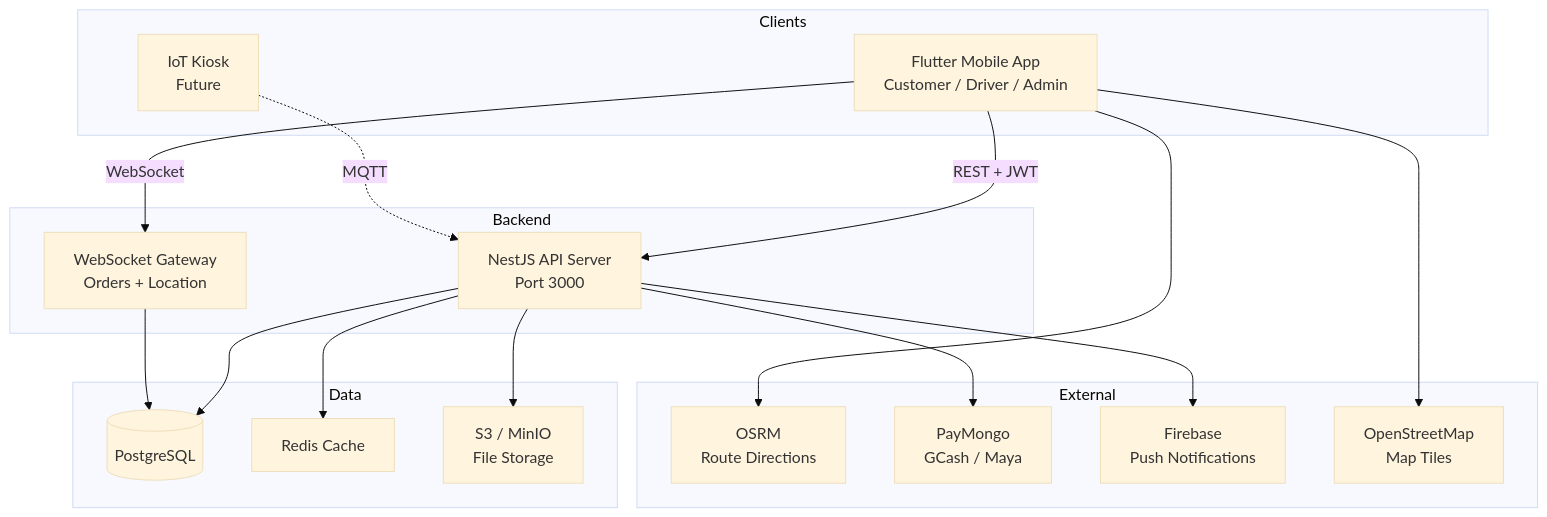
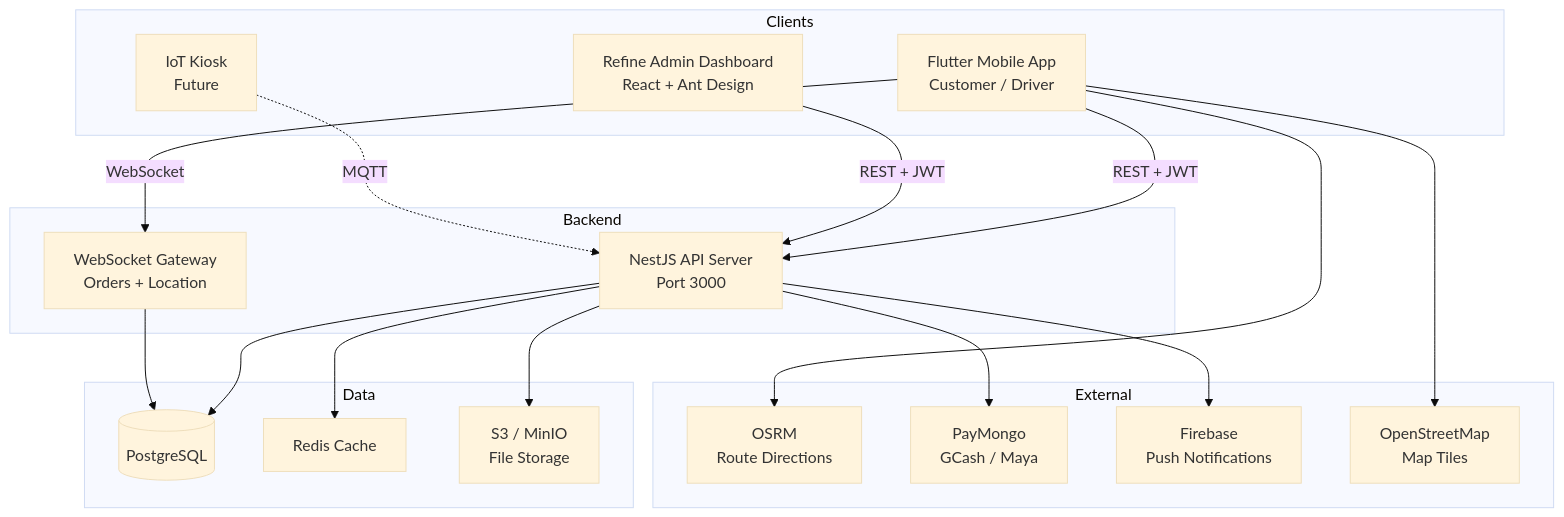
The first of 3 diagrams in README.md (rqms40/printing_app), drawn with Mermaid (base theme) before and after one commit. The commit also changed other lines of this file, not shown here.

First line of the commit message:
docs: update README with Refine admin dashboard + full project state

````diff
--- a/README.md
+++ b/README.md
@@ -14,37 +15,39 @@
 ```mermaid
 graph TB
     subgraph Clients
-        A[Flutter Mobile App<br/>Customer / Driver / Admin]
+        A[Flutter Mobile App<br/>Customer / Driver]
+        AA[Refine Admin Dashboard<br/>React + Ant Design]
         B[IoT Kiosk<br/>Future]
     end
 
     subgraph Backend
         C[NestJS API Server<br/>Port 3000]
         D[WebSocket Gateway<br/>Orders + Location]
     end
 
     subgraph Data
         E[(PostgreSQL)]
         F[Redis Cache]
         G[S3 / MinIO<br/>File Storage]
     end
 
     subgraph External
         H[OSRM<br/>Route Directions]
         I[PayMongo<br/>GCash / Maya]
         J[Firebase<br/>Push Notifications]
         K[OpenStreetMap<br/>Map Tiles]
     end
 
     A -->|REST + JWT| C
     A -->|WebSocket| D
+    AA -->|REST + JWT| C
     B -.->|MQTT| C
     C --> E
     C --> F
     C --> G
     D --> E
     A --> H
     A --> K
     C --> I
     C --> J
 ```
````
